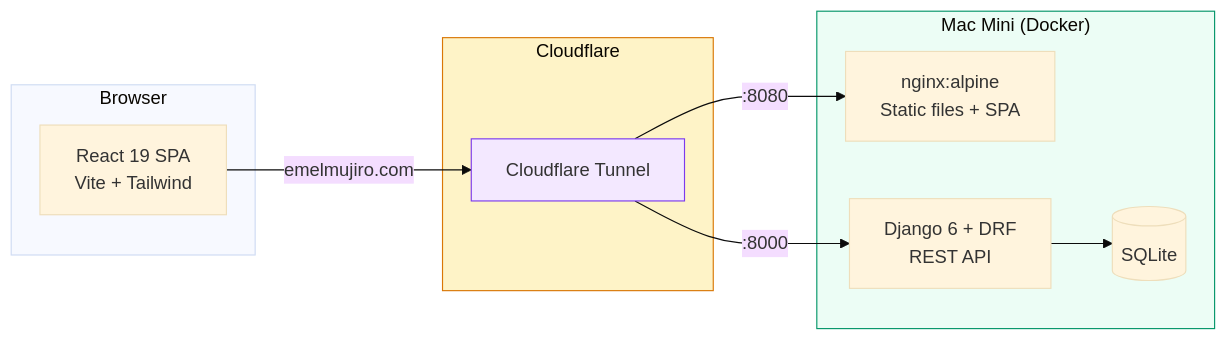
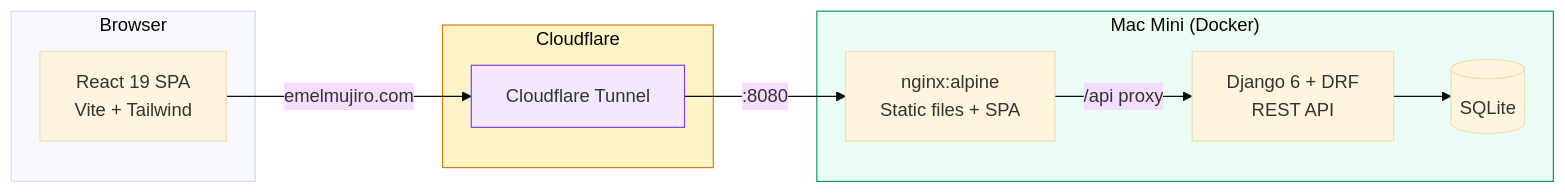
Before and after one commit to researcherhojin/emelmujiro: the diagram in README.md, drawn with Mermaid (base theme). The commit also changed 24 other files, not shown here.

````diff
--- a/README.md
+++ b/README.md
@@ -97,25 +97,25 @@
 ```mermaid
 graph LR
     subgraph Client["Browser"]
         React["React 19 SPA\nVite + Tailwind"]
     end
 
     subgraph CF["Cloudflare"]
         Tunnel["Cloudflare Tunnel"]
     end
 
     subgraph MacMini["Mac Mini (Docker)"]
         Nginx["nginx:alpine\nStatic files + SPA"]
         DRF["Django 6 + DRF\nREST API"]
         DB[(SQLite)]
     end
 
     React -->|emelmujiro.com| Tunnel
     Tunnel -->|:8080| Nginx
-    Tunnel -->|:8000| DRF
+    Nginx -->|/api proxy| DRF
     DRF --> DB
 
     style Tunnel fill:#F3E8FF,stroke:#7C3AED
     style MacMini fill:#ECFDF5,stroke:#059669
     style CF fill:#FEF3C7,stroke:#D97706
 ```
````
